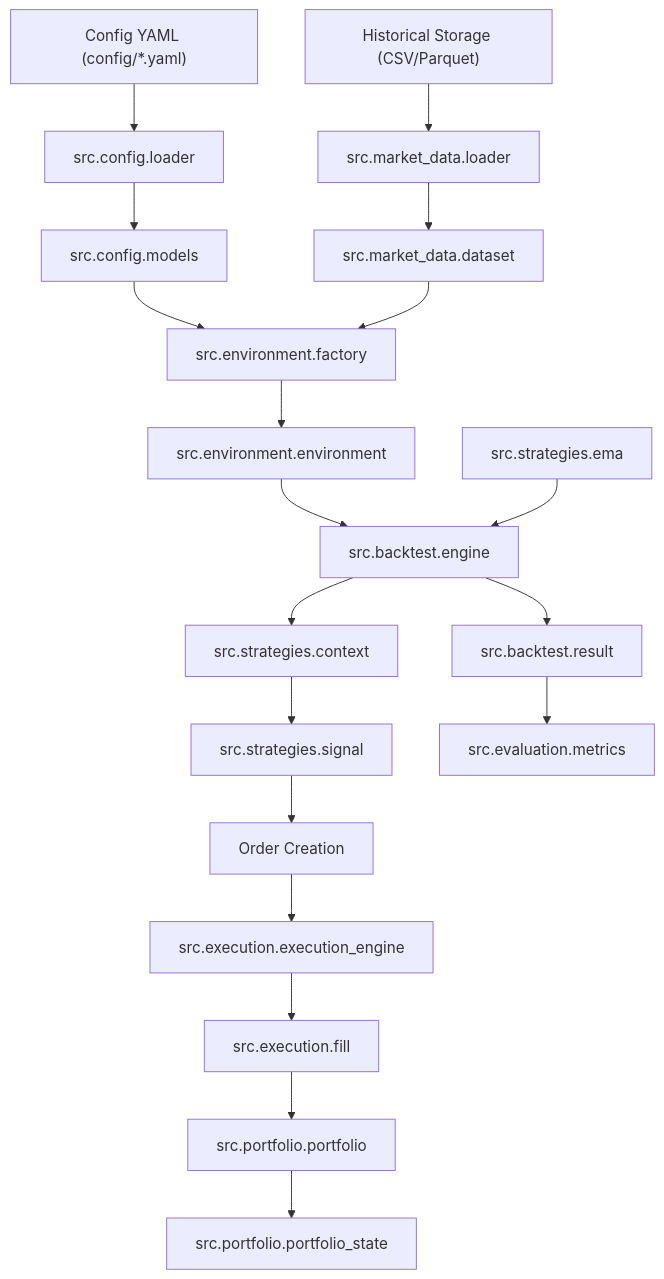
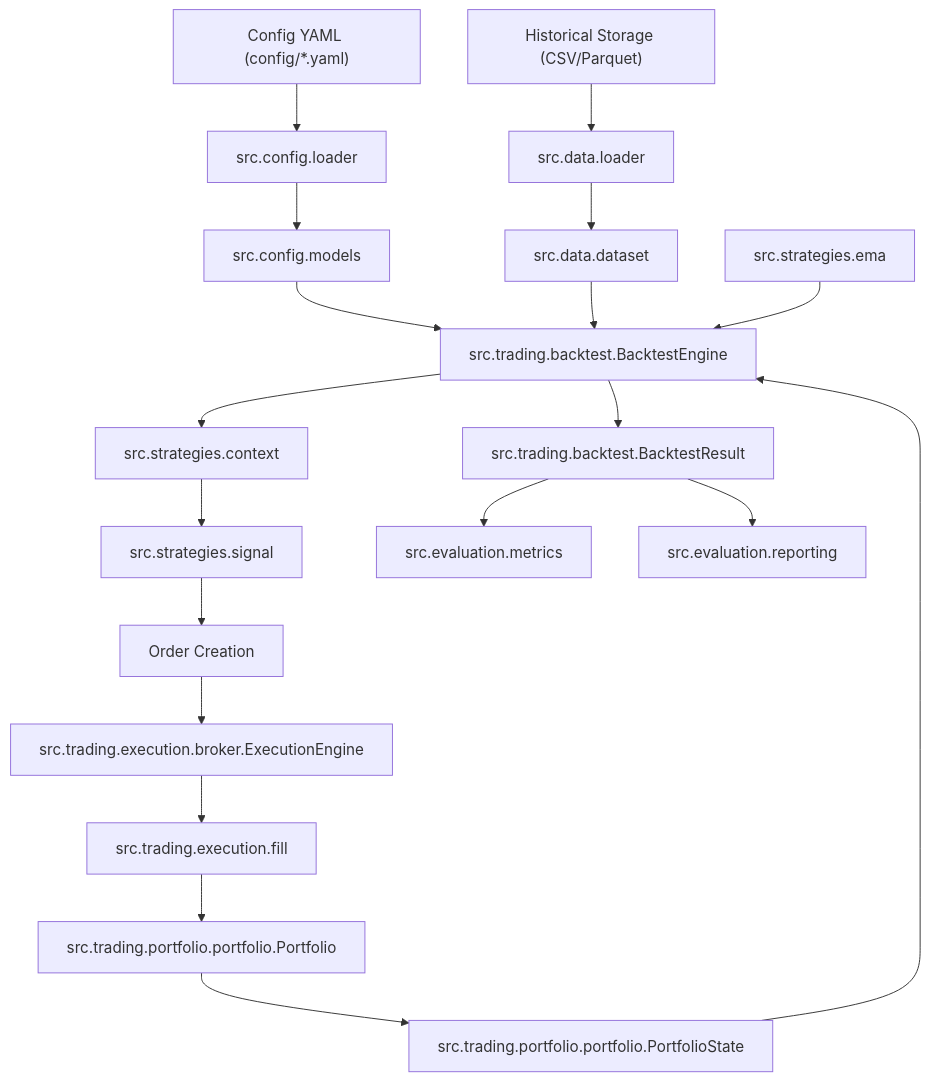
Before and after one commit to tuong1901/quant_lab: the diagram in src/README.md, drawn with Mermaid. The commit also changed other lines of this file and 136 other files, not shown here.

Commit message:
refactor: restructure project architecture with modular trading, evaluation, and comprehensive test suites

````diff
--- a/src/README.md
+++ b/src/README.md
@@ -38,30 +37,29 @@
 ```mermaid
 graph TD
     YAML["Config YAML (config/*.yaml)"] --> ConfigLoader["src.config.loader"]
     ConfigLoader --> ConfigModels["src.config.models"]
     
-    DataStorage["Historical Storage (CSV/Parquet)"] --> DatasetLoader["src.market_data.loader"]
-    DatasetLoader --> MarketDataContainer["src.market_data.dataset"]
+    DataStorage["Historical Storage (CSV/Parquet)"] --> DatasetLoader["src.data.loader"]
+    DatasetLoader --> MarketDataContainer["src.data.dataset"]
     
-    ConfigModels --> EnvironmentFactory["src.environment.factory"]
-    MarketDataContainer --> EnvironmentFactory
+    ConfigModels --> BacktestEngine["src.trading.backtest.BacktestEngine"]
+    MarketDataContainer --> BacktestEngine
     
-    EnvironmentFactory --> EnvironmentInstance["src.environment.environment"]
-    
-    EnvironmentInstance --> BacktestEngine["src.backtest.engine"]
     StrategyImpl["src.strategies.ema"] --> BacktestEngine
     
     BacktestEngine --> StrategyContext["src.strategies.context"]
     StrategyContext --> StrategySignal["src.strategies.signal"]
     
     StrategySignal --> OrderTranslation["Order Creation"]
-    OrderTranslation --> ExecutionEngine["src.execution.execution_engine"]
+    OrderTranslation --> ExecutionEngine["src.trading.execution.broker.ExecutionEngine"]
     
-    ExecutionEngine --> FillGeneration["src.execution.fill"]
-    FillGeneration --> PortfolioManager["src.portfolio.portfolio"]
+    ExecutionEngine --> FillGeneration["src.trading.execution.fill"]
+    FillGeneration --> Portfolio["src.trading.portfolio.portfolio.Portfolio"]
     
-    PortfolioManager --> PortfolioStateSnap["src.portfolio.portfolio_state"]
-    BacktestEngine --> BacktestResultObj["src.backtest.result"]
+    Portfolio --> PortfolioState["src.trading.portfolio.portfolio.PortfolioState"]
+    PortfolioState --> BacktestEngine
     
-    BacktestResultObj --> BasicMetricsEvaluator["src.evaluation.metrics"]
+    BacktestEngine --> BacktestResultObj["src.trading.backtest.BacktestResult"]
+    BacktestResultObj --> Metrics["src.evaluation.metrics"]
+    BacktestResultObj --> Reporting["src.evaluation.reporting"]
 ```
````
